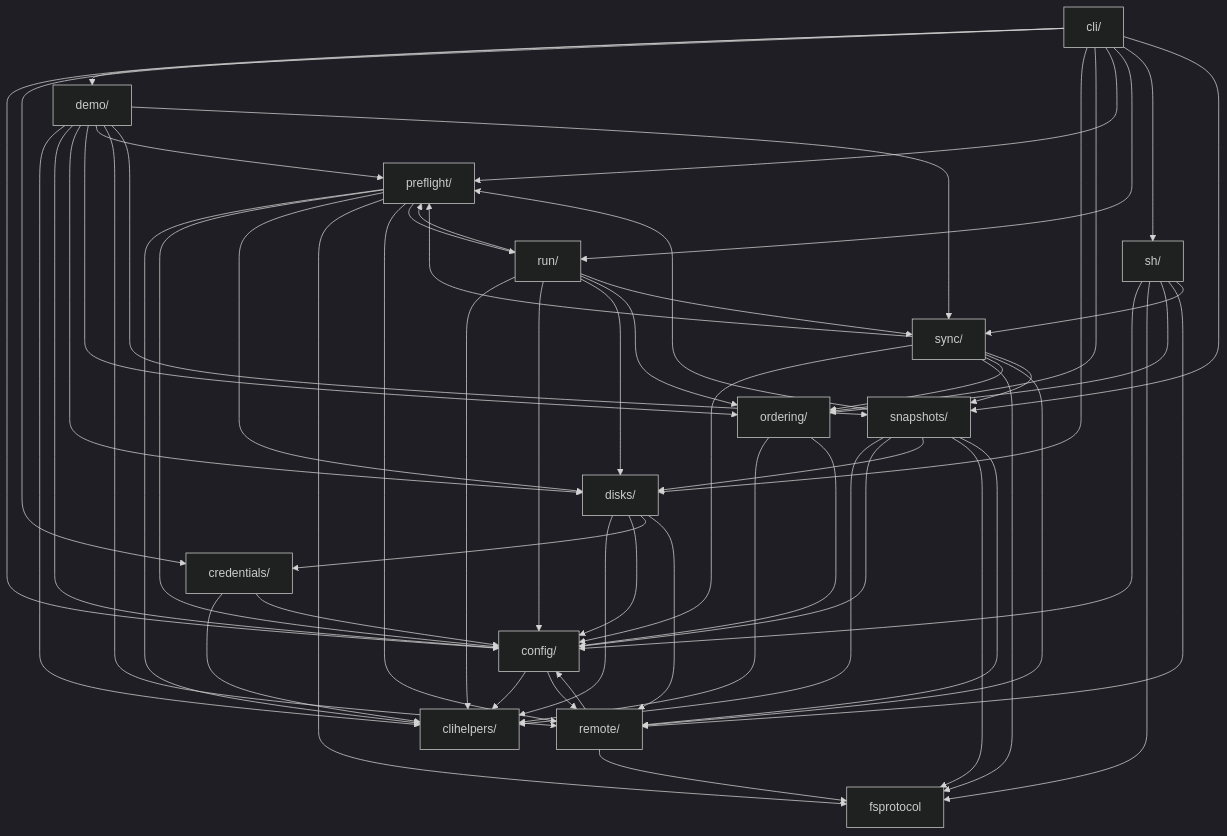
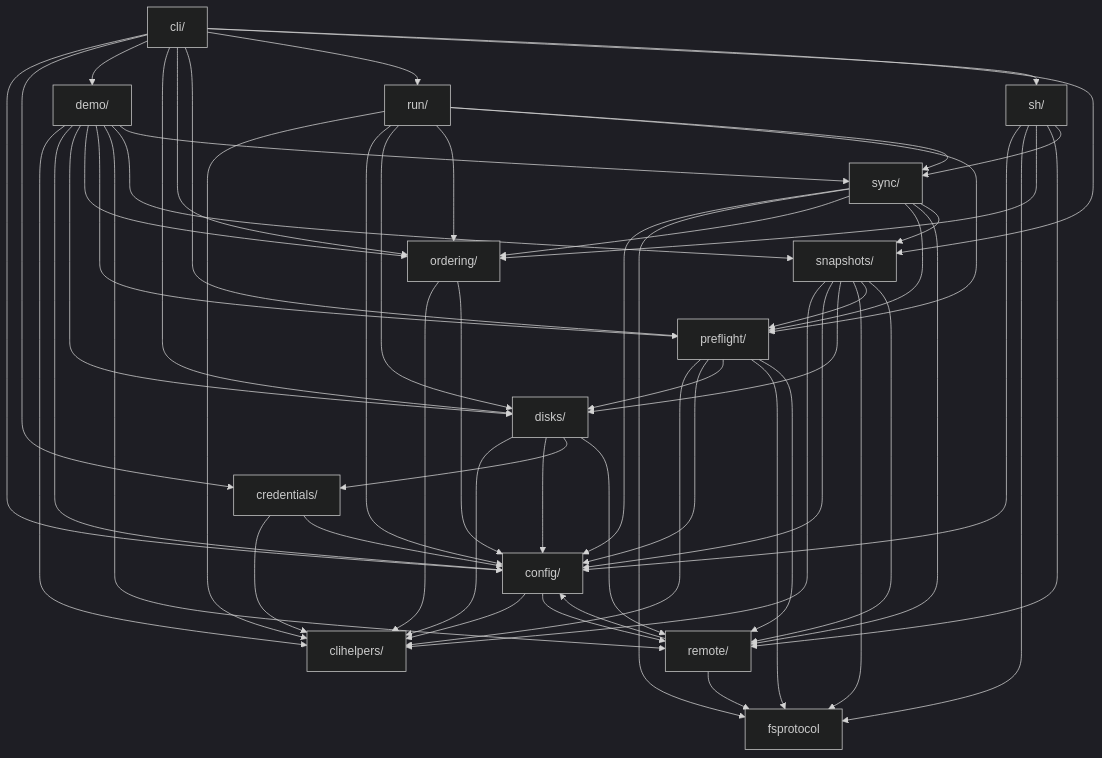
Before and after one commit to iglootools/nbkp: the diagram in docs/architecture.md, drawn with Mermaid (dark theme). The commit also changed 4 other files, not shown here.

````diff
--- a/docs/architecture.md
+++ b/docs/architecture.md
@@ -11,76 +11,75 @@
 ```mermaid
 graph TD
     cli["cli/"]
     clihelpers["clihelpers/"]
     config["config/"]
     credentials["credentials/"]
     demo["demo/"]
     disks["disks/"]
     fsprotocol["fsprotocol"]
     ordering["ordering/"]
     preflight["preflight/"]
     remote["remote/"]
     run["run/"]
     sh["sh/"]
     snapshots["snapshots/"]
     sync["sync/"]
 
     cli --> config
     cli --> credentials
     cli --> demo
     cli --> disks
     cli --> ordering
     cli --> preflight
     cli --> run
     cli --> sh
     cli --> snapshots
     config --> clihelpers
     config --> remote
     credentials --> clihelpers
     credentials --> config
     demo --> clihelpers
     demo --> config
     demo --> disks
     demo --> ordering
     demo --> preflight
     demo --> remote
     demo --> snapshots
     demo --> sync
     disks --> clihelpers
     disks --> config
     disks --> credentials
     disks --> remote
     ordering --> clihelpers
     ordering --> config
     preflight --> clihelpers
     preflight --> config
     preflight --> disks
     preflight --> fsprotocol
     preflight --> remote
-    preflight --> run
     remote --> config
     remote --> fsprotocol
     run --> clihelpers
     run --> config
     run --> disks
     run --> ordering
     run --> preflight
     run --> sync
     sh --> config
     sh --> fsprotocol
     sh --> ordering
     sh --> remote
     sh --> sync
     snapshots --> clihelpers
     snapshots --> config
     snapshots --> disks
     snapshots --> fsprotocol
     snapshots --> preflight
     snapshots --> remote
     sync --> config
     sync --> fsprotocol
     sync --> ordering
     sync --> preflight
     sync --> remote
     sync --> snapshots
 ```
````
